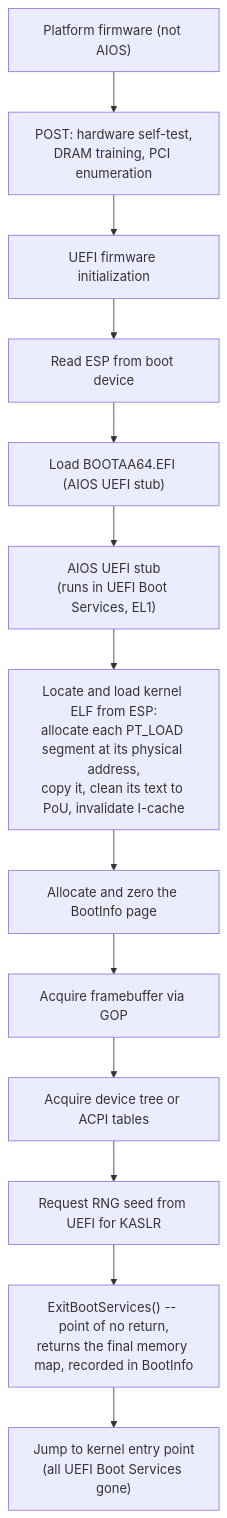
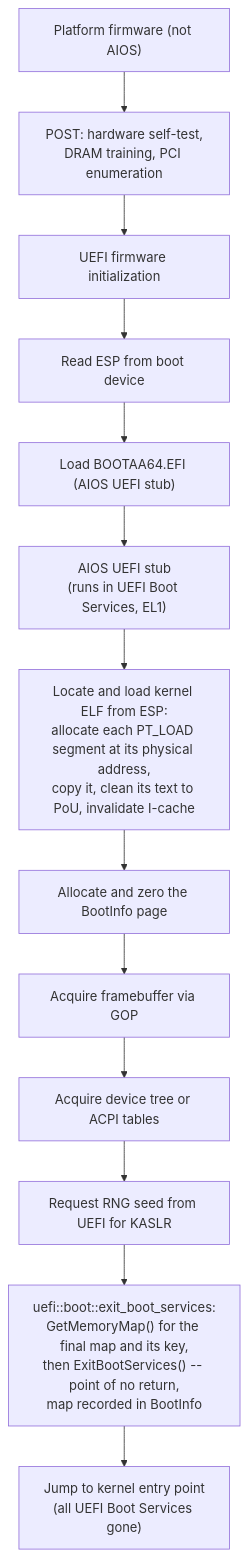
One commit to juslee/aios changed the diagram in docs/kernel/boot/firmware.md. Above: the diagram before and after it, drawn with Mermaid. The commit also changed other lines of this file and 1 other file, not shown here.

Commit message:
Audit round 5: fix stub memory map source and unset BootInfo fields
docs/platform/bsp/firmware.md:
- §8.1 flowchart: the EBS node now shows the real sequence.
  uefi::boot::exit_boot_services calls GetMemoryMap() for the final map
  and its key, then ExitBootServices(); the stub records that map in
  BootInfo.
- §8.5 field table: the UEFI (native) cells for runtime_services and
  cmdline_addr now read 0 (not set by the stub yet), and a note under
  the table says the stub leaves runtime_services, initramfs_* and
  cmdline_* at 0, matching docs/kernel/boot/firmware.md §2.2.

docs/kernel/boot/firmware.md:
- §2.1 flowchart: same EBS relabel as the BSP doc.
- §2.2: the stub records the final memory map from GetMemoryMap(),
  which uefi-rs's exit_boot_services calls just before
  ExitBootServices() to get the map key it needs.
  ExitBootServices() itself returns only a status.

````diff
--- a/docs/kernel/boot/firmware.md
+++ b/docs/kernel/boot/firmware.md
@@ -16,23 +16,25 @@
 ```mermaid
 flowchart TD
     FW["Platform firmware (not AIOS)"] --> POST["`POST: hardware self-test,
 DRAM training, PCI enumeration`"]
     POST --> UEFI_INIT["UEFI firmware initialization"]
     UEFI_INIT --> ESP["Read ESP from boot device"]
     ESP --> LOAD_STUB["Load BOOTAA64.EFI (AIOS UEFI stub)"]
 
     LOAD_STUB --> STUB["`AIOS UEFI stub
 (runs in UEFI Boot Services, EL1)`"]
     STUB --> LOAD_ELF["`Locate and load kernel ELF from ESP:
 allocate each PT_LOAD segment at its physical address,
 copy it, clean its text to PoU, invalidate I-cache`"]
     LOAD_ELF --> BOOTINFO["Allocate and zero the BootInfo page"]
     BOOTINFO --> GOP["Acquire framebuffer via GOP"]
     GOP --> DTB["Acquire device tree or ACPI tables"]
     DTB --> RNG["Request RNG seed from UEFI for KASLR"]
-    RNG --> EBS["`ExitBootServices() -- point of no return,
-returns the final memory map, recorded in BootInfo`"]
+    RNG --> EBS["`uefi::boot::exit_boot_services:
+GetMemoryMap() for the final map and its key,
+then ExitBootServices() -- point of no return,
+map recorded in BootInfo`"]
 
     EBS --> KERNEL["`Jump to kernel entry point
 (all UEFI Boot Services gone)`"]
 ```
````
